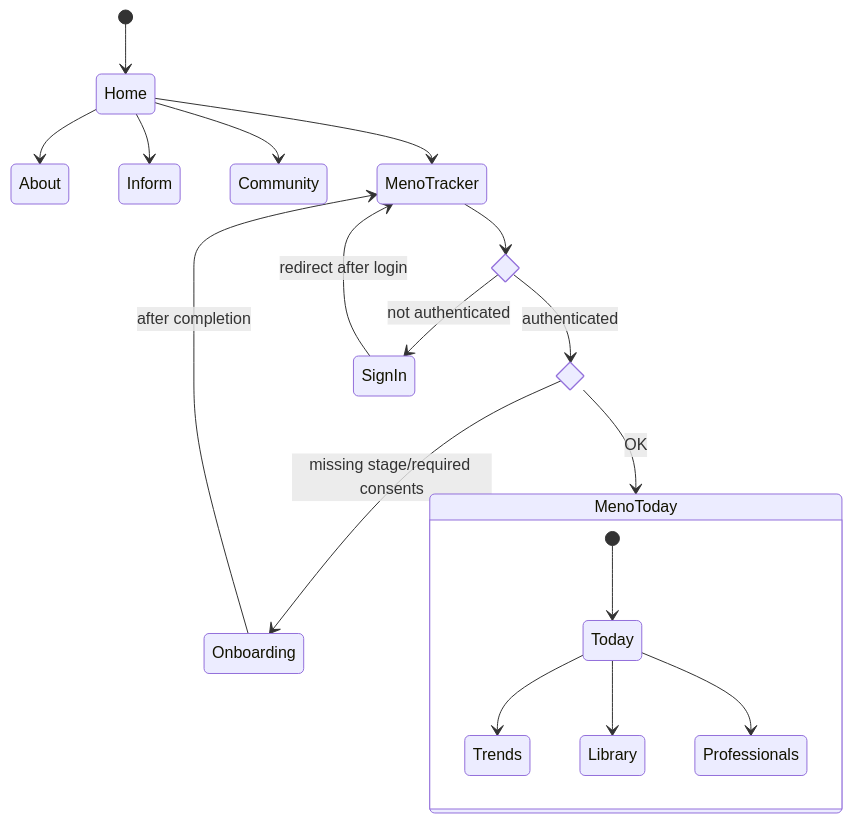
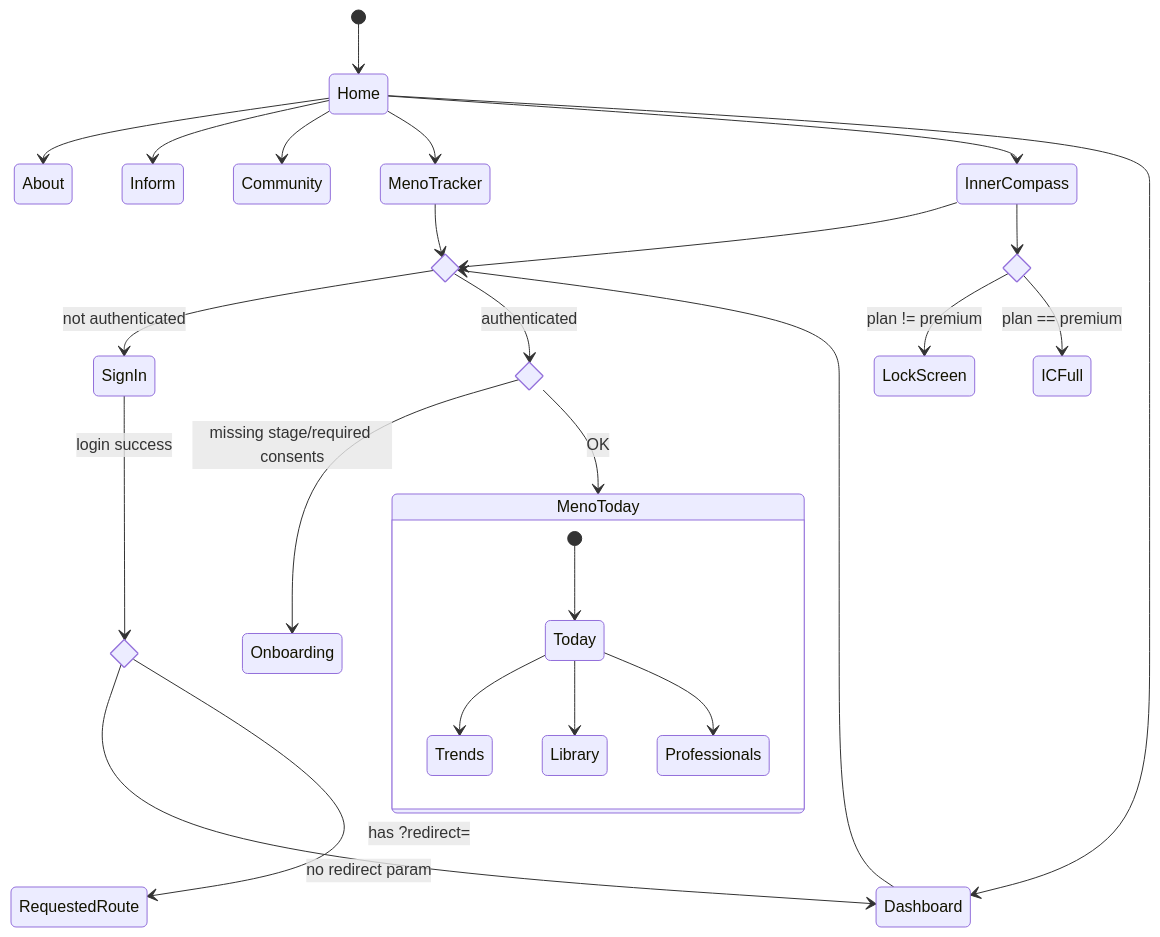
One commit to embracechange28-hub/IEmbraceChange changed the third of 8 diagrams in api/docs/architecture.md. Above: the diagram before and after it, drawn with Mermaid. The commit also changed other lines of this file, not shown here.

````diff
--- a/api/docs/architecture.md
+++ b/api/docs/architecture.md
@@ -69,28 +80,45 @@
 ```mermaid
 stateDiagram-v2
   [*] --> Home
   Home --> About
   Home --> Inform
   Home --> Community
   Home --> MenoTracker
+  Home --> InnerCompass
+  Home --> Dashboard
 
   state if_auth <<choice>>
   state if_consents <<choice>>
+  state if_premium <<choice>>
+  state if_redirect <<choice>>
 
+  %% --- Auth + Redirect guard (applies to protected routes) ---
   MenoTracker --> if_auth
+  InnerCompass --> if_auth
+  Dashboard --> if_auth
   if_auth --> SignIn: not authenticated
   if_auth --> if_consents: authenticated
 
+  %% --- Consent guard for MenoTracker ---
   if_consents --> Onboarding: missing stage/required consents
   if_consents --> MenoToday: OK
 
-  SignIn --> MenoTracker: redirect after login
-  Onboarding --> MenoTracker: after completion
+  %% --- Premium gating for Inner Compass ---
+  InnerCompass --> if_premium
+  if_premium --> LockScreen: plan != premium
+  if_premium --> ICFull: plan == premium
 
+  %% --- Post-login default route ---
+  SignIn --> if_redirect: login success
+  if_redirect --> Dashboard: no redirect param
+  if_redirect --> RequestedRoute: has ?redirect=
+
+  %% --- MenoTracker internal tabs ---
   state MenoToday {
     [*] --> Today
     Today --> Trends
     Today --> Library
     Today --> Professionals
   }
+
 ```
````
